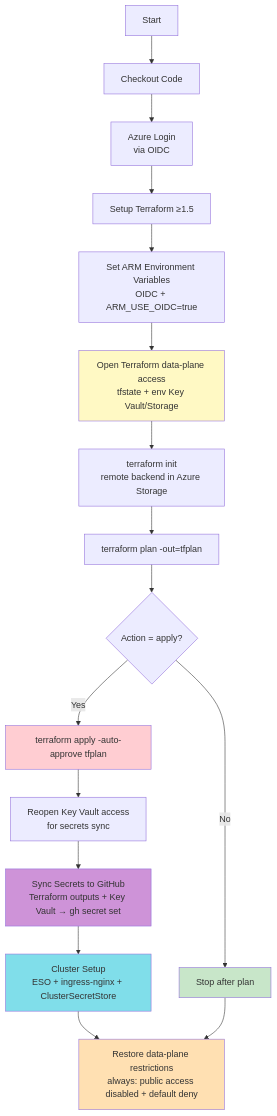
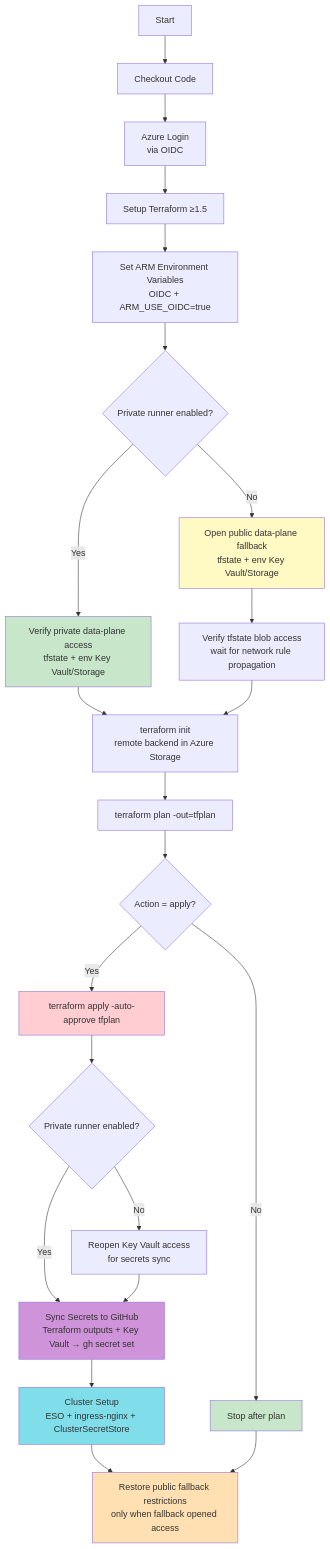
One commit to codecurrent-sandbox/octo-eshop-demo changed the seventh of 11 diagrams in docs/cicd-pipeline.md. Above: the diagram before and after it, drawn with Mermaid. The commit also changed other lines of this file and 8 other files, not shown here.

Commit message:
Configure private GitHub Actions networking

````diff
--- a/docs/cicd-pipeline.md
+++ b/docs/cicd-pipeline.md
@@ -308,25 +308,32 @@
 ```mermaid
 graph TD
     A[Start] --> B[Checkout Code]
     B --> C[Azure Login<br/>via OIDC]
     C --> D[Setup Terraform ≥1.5]
     D --> E[Set ARM Environment Variables<br/>OIDC + ARM_USE_OIDC=true]
-    E --> F[Open Terraform data-plane access<br/>tfstate + env Key Vault/Storage]
-    F --> G[terraform init<br/>remote backend in Azure Storage]
-    G --> H[terraform plan -out=tfplan]
-    H --> I{Action = apply?}
-    I -->|Yes| J[terraform apply -auto-approve tfplan]
-    J --> K[Reopen Key Vault access<br/>for secrets sync]
-    K --> L[Sync Secrets to GitHub<br/>Terraform outputs + Key Vault → gh secret set]
-    L --> M[Cluster Setup<br/>ESO + ingress-nginx + ClusterSecretStore]
-    I -->|No| N[Stop after plan]
-    M --> O[Restore data-plane restrictions<br/>always: public access disabled + default deny]
-    N --> O
+    E --> F{Private runner enabled?}
+    F -->|Yes| G[Verify private data-plane access<br/>tfstate + env Key Vault/Storage]
+    F -->|No| H[Open public data-plane fallback<br/>tfstate + env Key Vault/Storage]
+    H --> I[Verify tfstate blob access<br/>wait for network rule propagation]
+    G --> J[terraform init<br/>remote backend in Azure Storage]
+    I --> J
+    J --> K[terraform plan -out=tfplan]
+    K --> L{Action = apply?}
+    L -->|Yes| M[terraform apply -auto-approve tfplan]
+    M --> N{Private runner enabled?}
+    N -->|No| O[Reopen Key Vault access<br/>for secrets sync]
+    N -->|Yes| P[Sync Secrets to GitHub<br/>Terraform outputs + Key Vault → gh secret set]
+    O --> P
+    P --> Q[Cluster Setup<br/>ESO + ingress-nginx + ClusterSecretStore]
+    L -->|No| R[Stop after plan]
+    Q --> S[Restore public fallback restrictions<br/>only when fallback opened access]
+    R --> S
 
-    style F fill:#FFF9C4
-    style J fill:#FFCDD2
-    style L fill:#CE93D8
-    style M fill:#80DEEA
-    style N fill:#C8E6C9
-    style O fill:#FFE0B2
+    style G fill:#C8E6C9
+    style H fill:#FFF9C4
+    style M fill:#FFCDD2
+    style P fill:#CE93D8
+    style Q fill:#80DEEA
+    style R fill:#C8E6C9
+    style S fill:#FFE0B2
 ```
````
